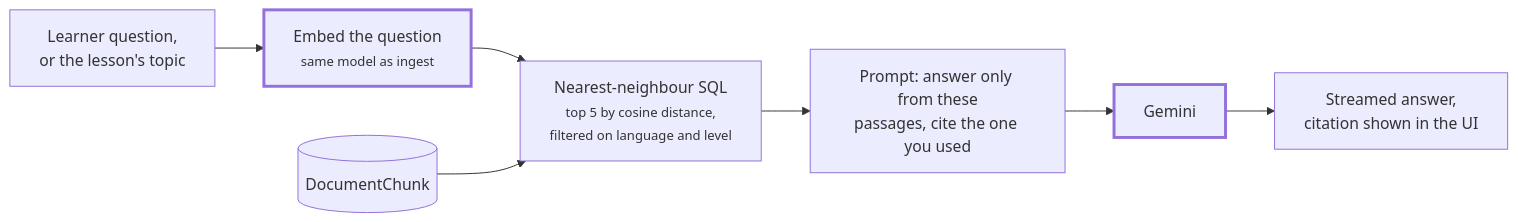
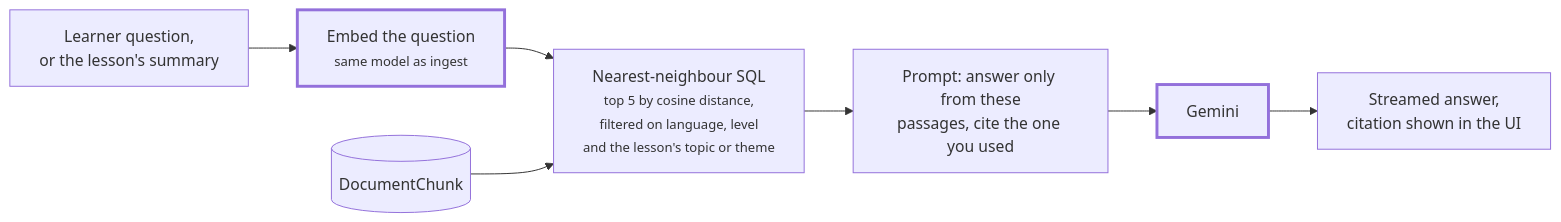
The third of 5 diagrams in docs/PRODUCT_ARCHITECTURE.md (VictorBro/ft_transcendence), drawn with Mermaid before and after one commit. The commit also changed other lines of this file and 4 other files, not shown here.

````diff
--- a/docs/PRODUCT_ARCHITECTURE.md
+++ b/docs/PRODUCT_ARCHITECTURE.md
@@ -498,12 +564,12 @@
 ```mermaid
 flowchart LR
-    q["Learner question,<br/>or the lesson's topic"] --> qe["Embed the question<br/><small>same model as ingest</small>"]
-    qe --> nn["Nearest-neighbour SQL<br/><small>top 5 by cosine distance,<br/>filtered on language and level</small>"]
+    q["Learner question,<br/>or the lesson's summary"] --> qe["Embed the question<br/><small>same model as ingest</small>"]
+    qe --> nn["Nearest-neighbour SQL<br/><small>top 5 by cosine distance,<br/>filtered on language, level<br/>and the lesson's topic or theme</small>"]
     store[("DocumentChunk")] --> nn
     nn --> prompt["Prompt: answer only from these<br/>passages, cite the one you used"]
     prompt --> model["Gemini"]
     model --> ui["Streamed answer,<br/>citation shown in the UI"]
 
     classDef llm stroke-width:3px
     class qe,model llm
 ```
````
